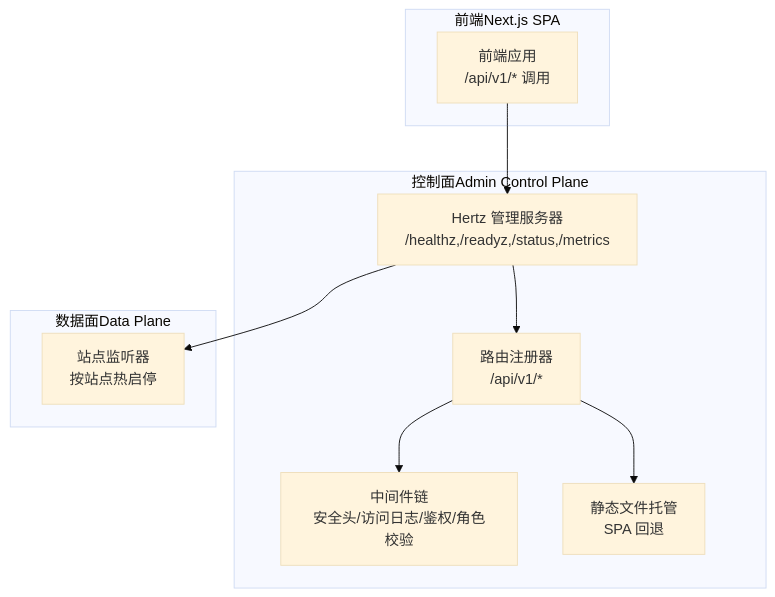
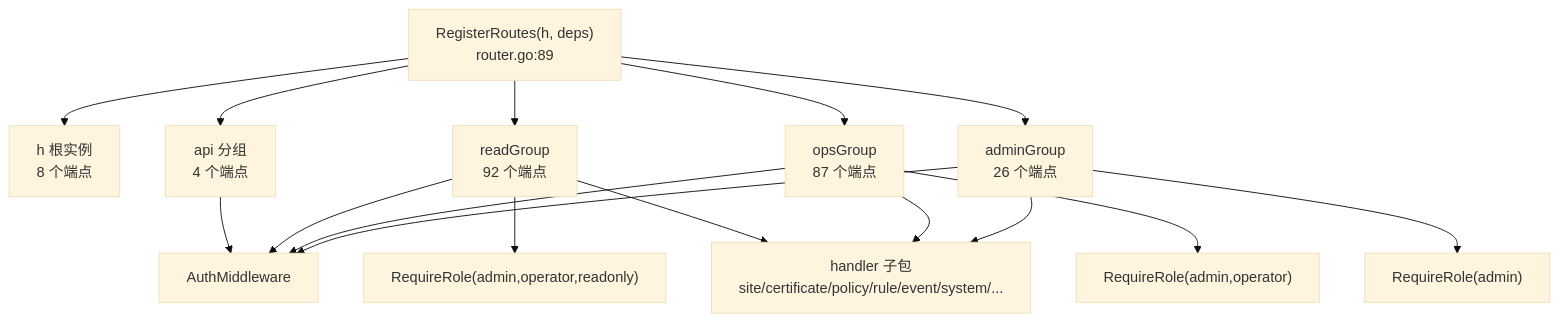
Before and after one commit to x01n/My-OpenWaf: the first of 4 diagrams in docs/管理 API 系统/REST API 设计规范/API 端点参考.md, drawn with Mermaid (base theme). The commit also changed other lines of this file and 622 other files, not shown here.

````diff
--- a/docs/管理 API 系统/REST API 设计规范/API 端点参考.md
+++ b/docs/管理 API 系统/REST API 设计规范/API 端点参考.md
@@ -37,20 +62,19 @@
 ```mermaid
 graph TB
-subgraph "控制面Admin Control Plane"
-AdminServer["Hertz 管理服务器<br/>/healthz,/readyz,/status,/metrics"]
-Router["路由注册器<br/>/api/v1/*"]
-Middleware["中间件链<br/>安全头/访问日志/鉴权/角色校验"]
-Static["静态文件托管<br/>SPA 回退"]
-end
-subgraph "数据面Data Plane"
-DataServers["站点监听器<br/>按站点热启停"]
-end
-subgraph "前端Next.js SPA"
-Frontend["前端应用<br/>/api/v1/* 调用"]
-end
-Frontend --> AdminServer
-AdminServer --> Router
-Router --> Middleware
-Router --> Static
-AdminServer --> DataServers
+Sub["RegisterRoutes(h, deps)<br/>router.go:89"]
+Sub --> GH["h 根实例<br/>8 个端点"]
+Sub --> GAPI["api 分组<br/>4 个端点"]
+Sub --> GRead["readGroup<br/>92 个端点"]
+Sub --> GOps["opsGroup<br/>87 个端点"]
+Sub --> GAdmin["adminGroup<br/>26 个端点"]
+GAPI --> MW1["AuthMiddleware"]
+GRead --> MW1
+GOps --> MW1
+GAdmin --> MW1
+GRead --> R1["RequireRole(admin,operator,readonly)"]
+GOps --> R2["RequireRole(admin,operator)"]
+GAdmin --> R3["RequireRole(admin)"]
+GRead --> HH["handler 子包<br/>site/certificate/policy/rule/event/system/..."]
+GOps --> HH
+GAdmin --> HH
 ```
````
